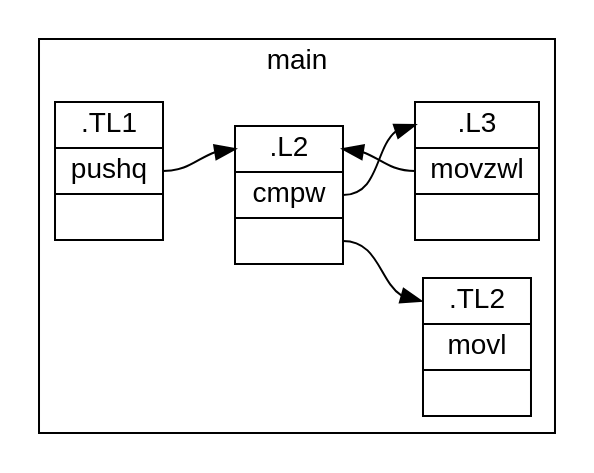
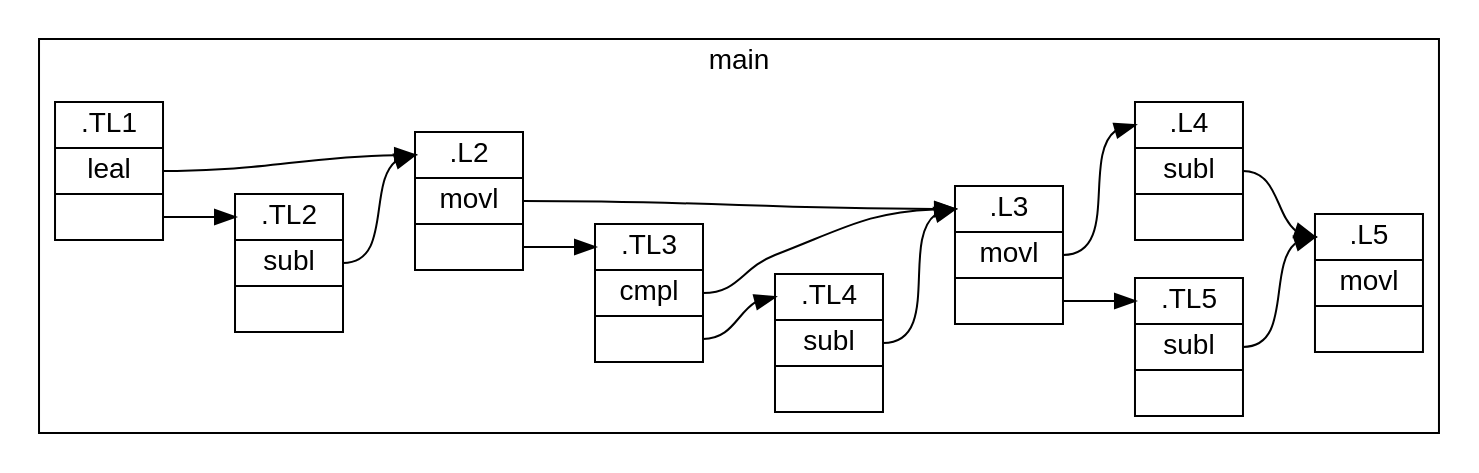
The diagram in dot/cfgimages.dot (Antrea155/C-Decompiler), drawn with Graphviz before and after one commit. The commit also changed 23 other files, not shown here.

```diff
--- a/dot/cfgimages.dot
+++ b/dot/cfgimages.dot
@@ -1,46 +1,90 @@
 digraph g {
 fontname="Helvetica,Arial,sans-serif"
 node [fontname="Helvetica,Arial,sans-serif"]
 edge [fontname="Helvetica,Arial,sans-serif"]
 graph [
 rankdir = "LR"
 ];
 node [
 fontsize = "14"
 shape = "ellipse"
 ];
 edge [
 ];
 subgraph "main" {
 label = "main";
 cluster=true;
 ".TL1"[
-label = "<f0>.TL1| <f1> pushq |<f2>"
+label = "<f0>.TL1| <f1> leal |<f2>"
 shape = "record"
 ];
 ".TL1":f1 -> ".L2":f0 [
 id=1
 ];
-".L3"[
-label = "<f0>.L3| <f1> movzwl |<f2>"
+".TL1":f2 -> ".TL2":f0 [
+id=1
+];
+".TL2"[
+label = "<f0>.TL2| <f1> subl |<f2>"
 shape = "record"
 ];
-".L3":f1 -> ".L2":f0 [
+".TL2":f1 -> ".L2":f0 [
 id=1
 ];
 ".L2"[
-label = "<f0>.L2| <f1> cmpw |<f2>"
+label = "<f0>.L2| <f1> movl |<f2>"
 shape = "record"
 ];
 ".L2":f1 -> ".L3":f0 [
 id=1
 ];
-".L2":f2 -> ".TL2":f0 [
+".L2":f2 -> ".TL3":f0 [
 id=1
 ];
-".TL2"[
-label = "<f0>.TL2| <f1> movl |<f2>"
+".TL3"[
+label = "<f0>.TL3| <f1> cmpl |<f2>"
+shape = "record"
+];
+".TL3":f1 -> ".L3":f0 [
+id=1
+];
+".TL3":f2 -> ".TL4":f0 [
+id=1
+];
+".TL4"[
+label = "<f0>.TL4| <f1> subl |<f2>"
+shape = "record"
+];
+".TL4":f1 -> ".L3":f0 [
+id=1
+];
+".L3"[
+label = "<f0>.L3| <f1> movl |<f2>"
+shape = "record"
+];
+".L3":f1 -> ".L4":f0 [
+id=1
+];
+".L3":f2 -> ".TL5":f0 [
+id=1
+];
+".TL5"[
+label = "<f0>.TL5| <f1> subl |<f2>"
+shape = "record"
+];
+".TL5":f1 -> ".L5":f0 [
+id=1
+];
+".L4"[
+label = "<f0>.L4| <f1> subl |<f2>"
+shape = "record"
+];
+".L4":f1 -> ".L5":f0 [
+id=1
+];
+".L5"[
+label = "<f0>.L5| <f1> movl |<f2>"
 shape = "record"
 ];
 }
 }
```
